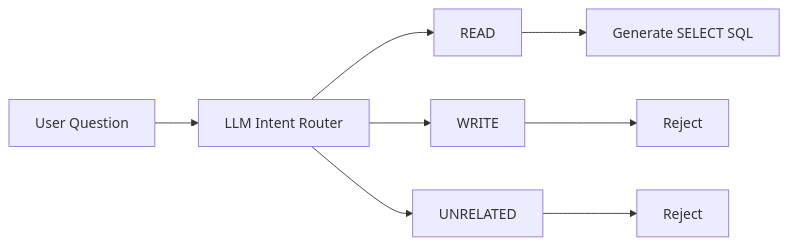
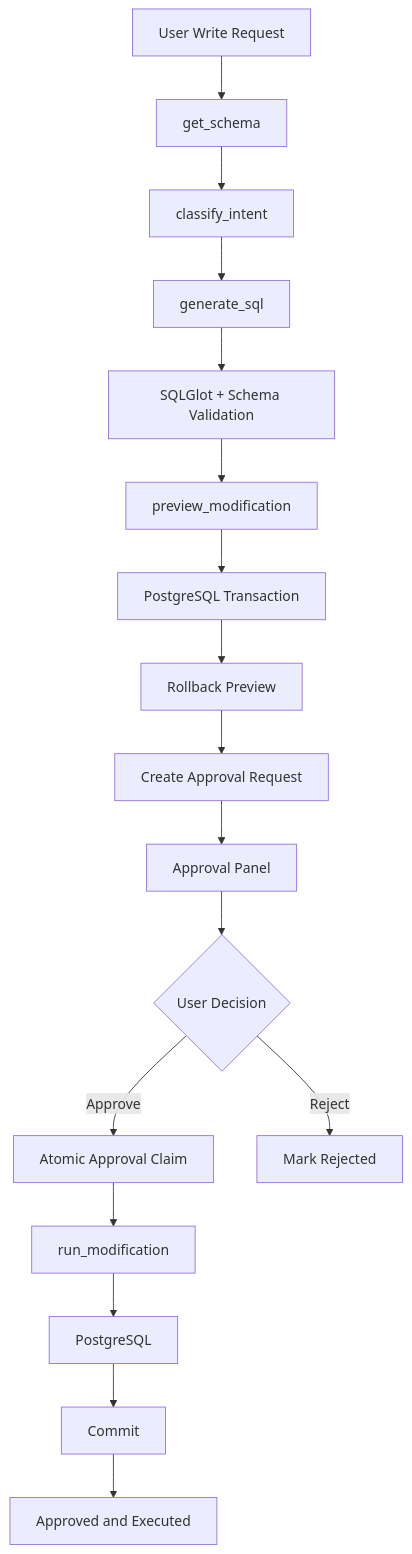
Before and after one commit to radhey004/database--agent: the third of 7 diagrams in README.md, drawn with Mermaid. The commit also changed other lines of this file, not shown here.

````diff
--- a/README.md
+++ b/README.md
@@ -101,12 +107,35 @@
 ```mermaid
-flowchart LR
-    Q[User Question] --> I[LLM Intent Router]
+flowchart TD
 
-    I --> R[READ]
-    I --> W[WRITE]
-    I --> U[UNRELATED]
+    Q[User Write Request]
 
-    R --> S[Generate SELECT SQL]
-    W --> X[Reject]
-    U --> Y[Reject]
+    Q --> S[get_schema]
+    S --> I[classify_intent]
+
+    I --> W[generate_sql]
+
+    W --> V[SQLGlot + Schema Validation]
+
+    V --> P[preview_modification]
+
+    P --> TX[PostgreSQL Transaction]
+
+    TX --> RB[Rollback Preview]
+
+    RB --> A[Create Approval Request]
+
+    A --> UI[Approval Panel]
+
+    UI --> D{User Decision}
+
+    D -->|Approve| C[Atomic Approval Claim]
+    D -->|Reject| R[Mark Rejected]
+
+    C --> E[run_modification]
+
+    E --> DB[PostgreSQL]
+
+    DB --> COMMIT[Commit]
+
+    COMMIT --> DONE[Approved and Executed]
 ```
````
